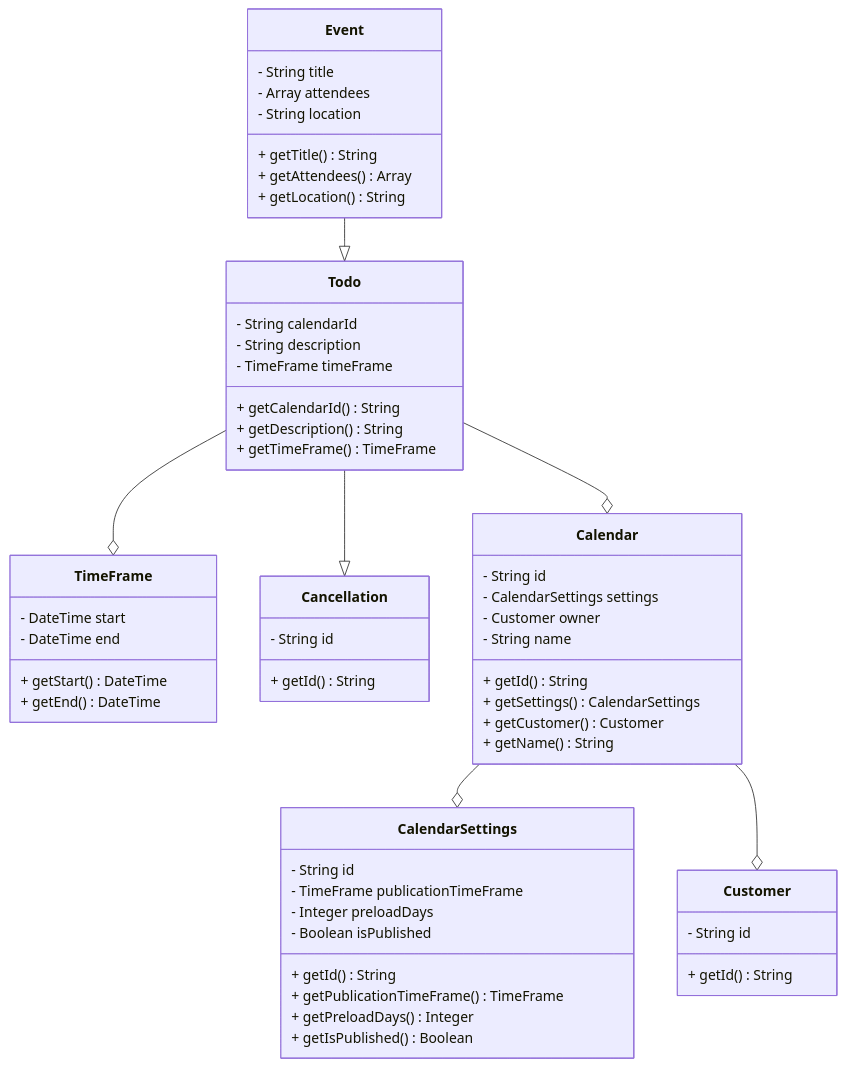
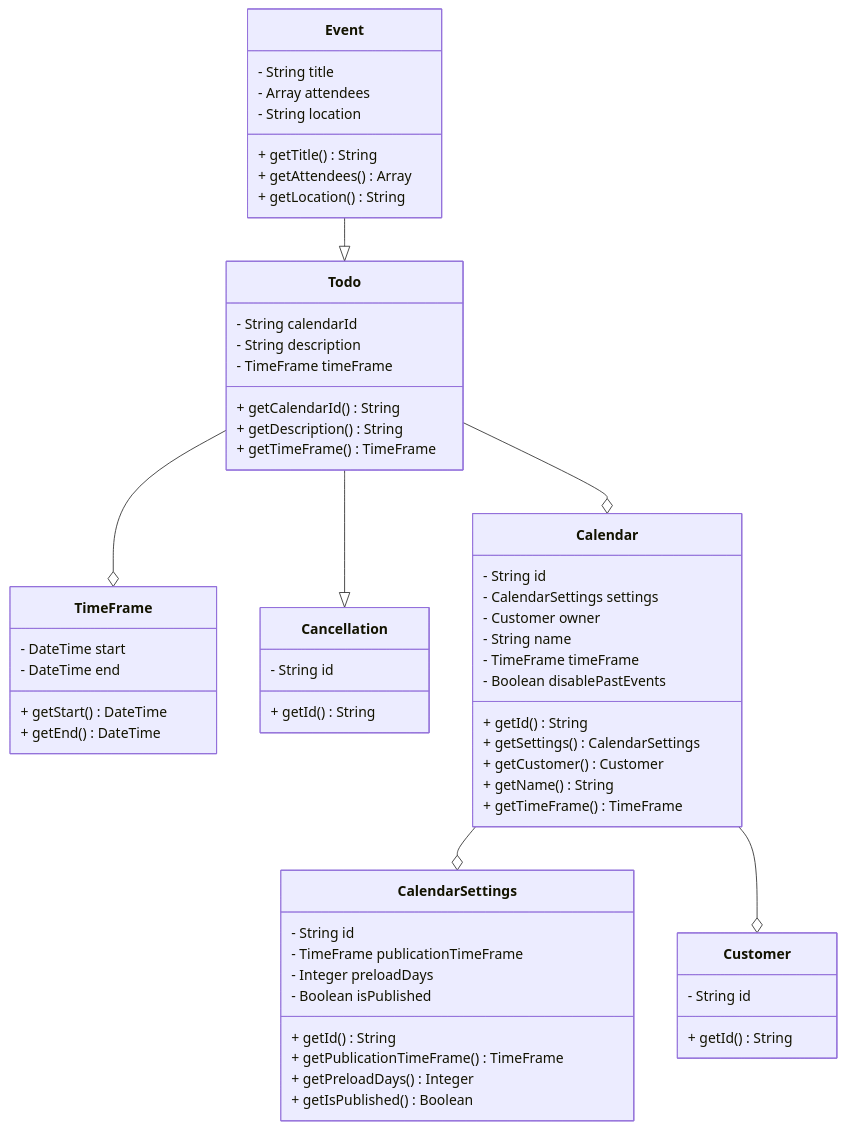
The second of 7 diagrams in README.md (GHopperMSK/schedule-manager), drawn with Mermaid before and after one commit. The commit also changed other lines of this file and 1 other file, not shown here.

Commit message:
Add timeFrame to calendar

````diff
--- a/README.md
+++ b/README.md
@@ -125,61 +125,64 @@
 ```mermaid
 classDiagram
     class TimeFrame {
         - DateTime start
         - DateTime end
         + getStart() DateTime
         + getEnd() DateTime
     }
     class Cancellation {
         - String id
         + getId() String
     }
     class Todo {
         - String calendarId
         - String description
         - TimeFrame timeFrame
         + getCalendarId() String
         + getDescription() String
         + getTimeFrame() TimeFrame
     }
     class Event {
         - String title
         - Array attendees
         - String location
         + getTitle() String
         + getAttendees() Array
         + getLocation() String
     }
     class Customer {
         - String id
         + getId() String
     }
     class Calendar {
         - String id
         - CalendarSettings settings
         - Customer owner
         - String name
+        - TimeFrame timeFrame
+        - Boolean disablePastEvents
         + getId() String
         + getSettings() CalendarSettings
         + getCustomer() Customer
         + getName() String
+        + getTimeFrame() TimeFrame
     }
     class CalendarSettings {
         - String id
         - TimeFrame publicationTimeFrame
         - Integer preloadDays
         - Boolean isPublished
         + getId() String
         + getPublicationTimeFrame() TimeFrame
         + getPreloadDays() Integer
         + getIsPublished() Boolean
     }
 
     Todo --o TimeFrame
     Todo --o Calendar
     Todo --|> Cancellation
     Event --|> Todo
     Calendar --o CalendarSettings
 
     Calendar --o Customer
 ```
````
